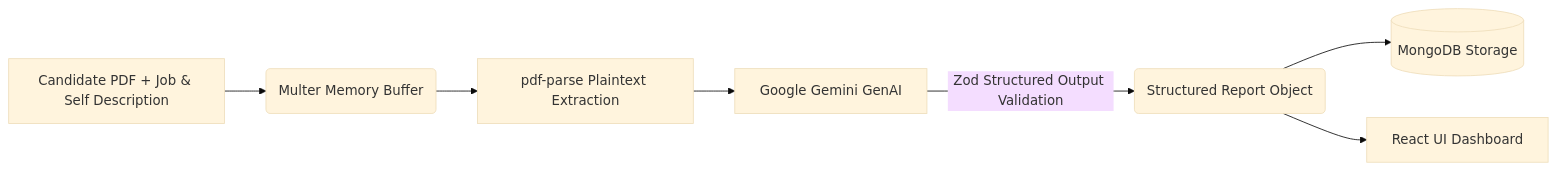
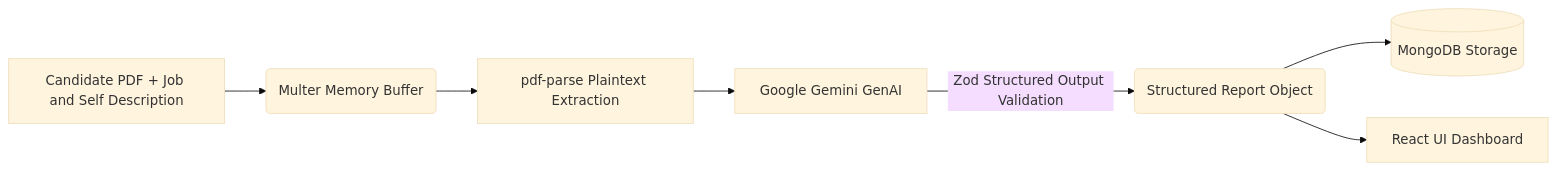
The second of 3 diagrams in Documents/system_architecture_overview.md (Shivam-S-Ramoliya/Gen-AI-Project), drawn with Mermaid (base theme) before and after one commit. The commit also changed other lines of this file and 4 other files, not shown here.

Commit message:
fix(docs): resolve Mermaid syntax and character escaping in sequence diagrams

````diff
--- a/Documents/system_architecture_overview.md
+++ b/Documents/system_architecture_overview.md
@@ -108,9 +108,9 @@
 ```mermaid
 flowchart LR
-    A[Candidate PDF + Job & Self Description] --> B(Multer Memory Buffer)
+    A["Candidate PDF + Job and Self Description"] --> B(Multer Memory Buffer)
     B --> C[pdf-parse Plaintext Extraction]
     C --> D[Google Gemini GenAI]
     D -->|Zod Structured Output Validation| E(Structured Report Object)
     E --> F[(MongoDB Storage)]
     E --> G[React UI Dashboard]
 ```
````
